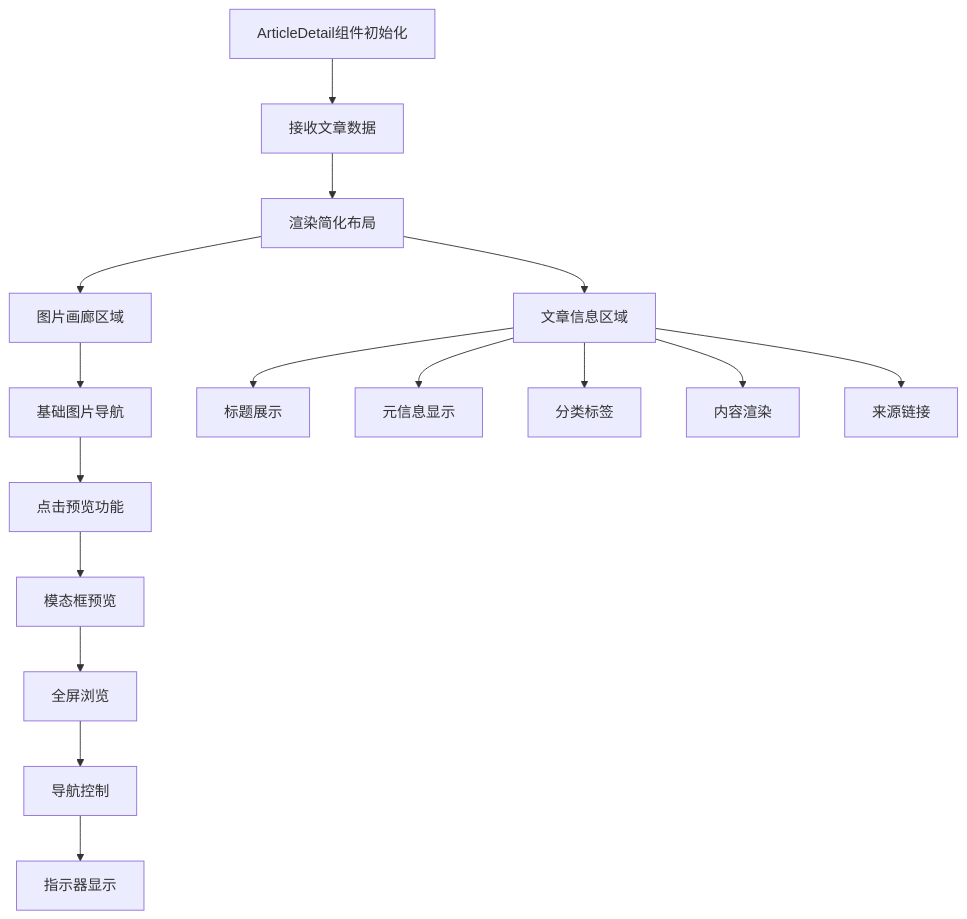
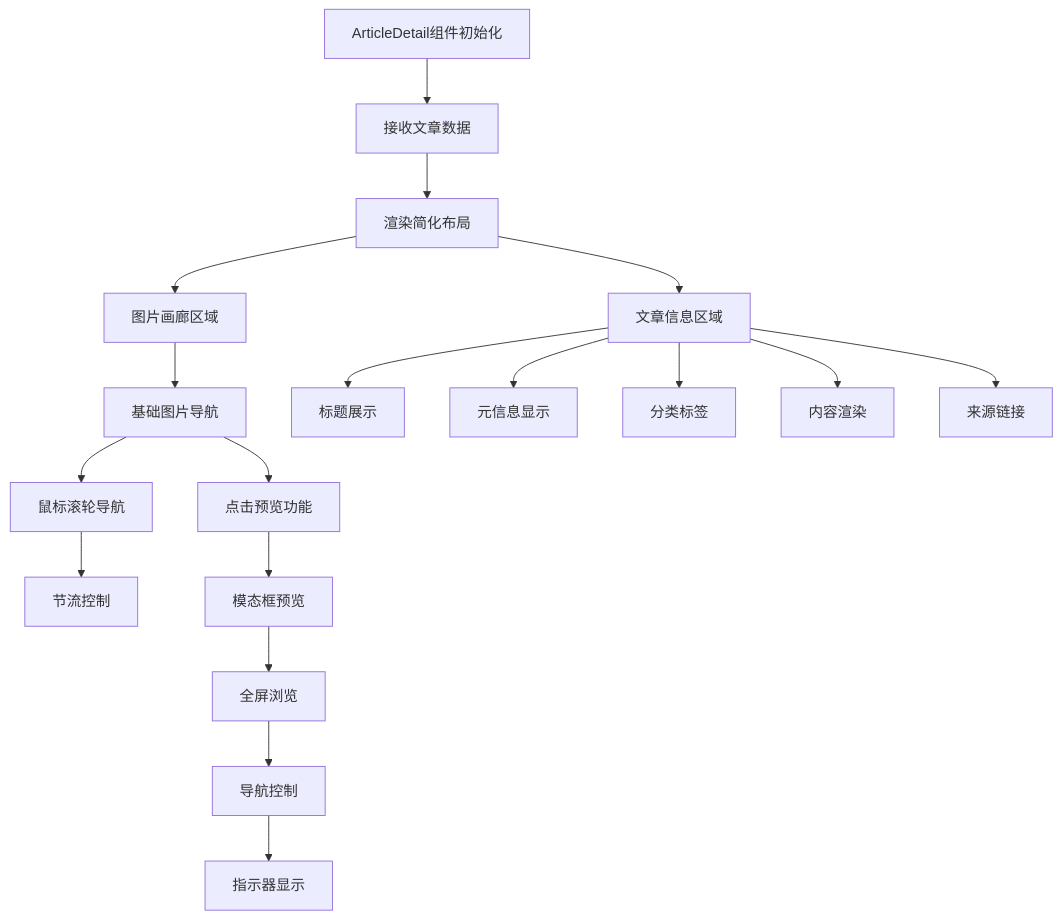
One commit to 20164206160/zhishilu changed the seventh of 16 diagrams in .qoder/repowiki/zh/content/Article Detail View.md. Above: the diagram before and after it, drawn with Mermaid. The commit also changed other lines of this file and 26 other files, not shown here.

````diff
--- a/.qoder/repowiki/zh/content/Article Detail View.md
+++ b/.qoder/repowiki/zh/content/Article Detail View.md
@@ -350,18 +370,20 @@
 ```mermaid
 flowchart TD
 A[ArticleDetail组件初始化] --> B[接收文章数据]
 B --> C[渲染简化布局]
 C --> D[图片画廊区域]
 C --> E[文章信息区域]
 D --> F[基础图片导航]
-F --> G[点击预览功能]
-E --> H[标题展示]
-E --> I[元信息显示]
-E --> J[分类标签]
-E --> K[内容渲染]
-E --> L[来源链接]
-G --> M[模态框预览]
-M --> N[全屏浏览]
-N --> O[导航控制]
-O --> P[指示器显示]
+F --> G[鼠标滚轮导航]
+F --> H[点击预览功能]
+E --> I[标题展示]
+E --> J[元信息显示]
+E --> K[分类标签]
+E --> L[内容渲染]
+E --> M[来源链接]
+G --> N[节流控制]
+H --> O[模态框预览]
+O --> P[全屏浏览]
+P --> Q[导航控制]
+Q --> R[指示器显示]
 ```
````
